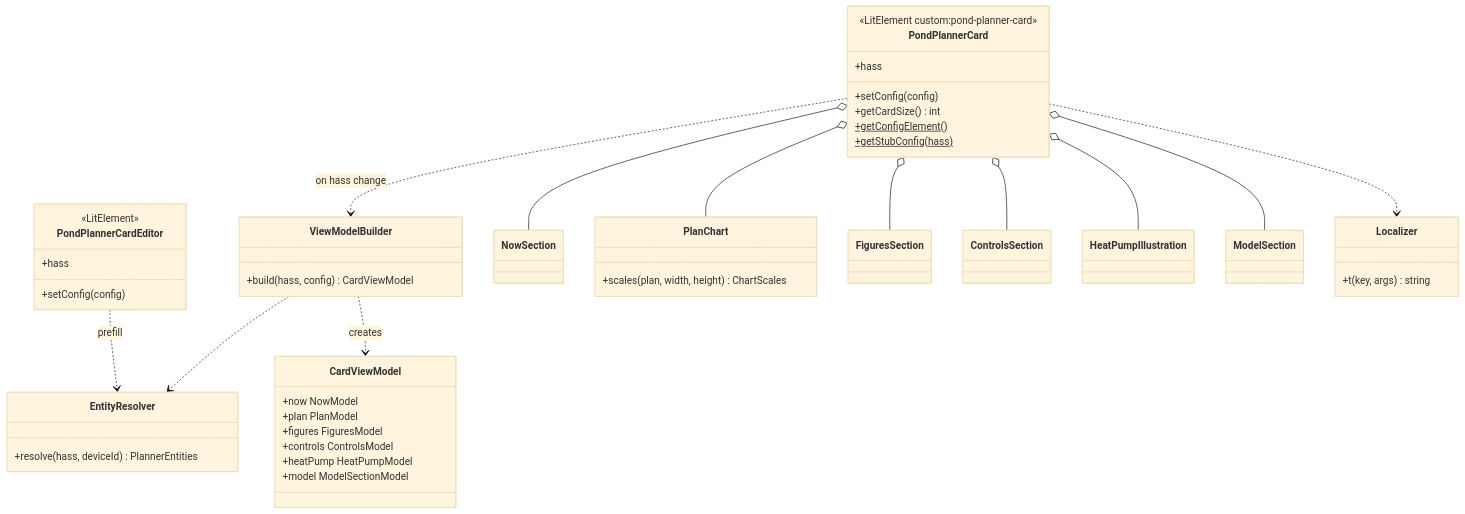
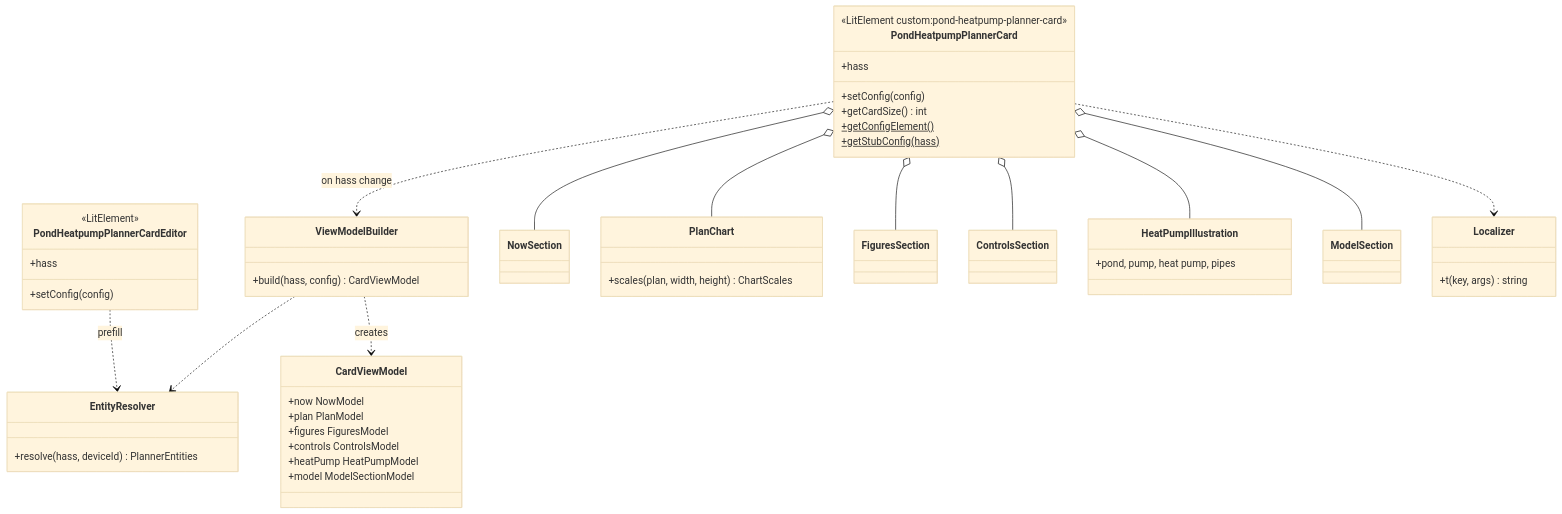
One commit to abroeders/pond-heatpump-price-planner changed the first of 2 diagrams in docs/design/2026-11-17-lovelace-card.md. Above: the diagram before and after it, drawn with Mermaid (base theme). The commit also changed other lines of this file, not shown here.

Commit message:
docs: card type pond-heatpump-planner-card, illustration with pond, pump and pipes (#10)

````diff
--- a/docs/design/2026-11-17-lovelace-card.md
+++ b/docs/design/2026-11-17-lovelace-card.md
@@ -150,53 +172,55 @@
 ```mermaid
 classDiagram
     direction TB
-    class PondPlannerCard {
-        <<LitElement custom:pond-planner-card>>
+    class PondHeatpumpPlannerCard {
+        <<LitElement custom:pond-heatpump-planner-card>>
         +setConfig(config)
         +hass
         +getCardSize() int
         +getConfigElement()$
         +getStubConfig(hass)$
     }
-    class PondPlannerCardEditor {
+    class PondHeatpumpPlannerCardEditor {
         <<LitElement>>
         +setConfig(config)
         +hass
     }
     class ViewModelBuilder {
         +build(hass, config) CardViewModel
     }
     class EntityResolver {
         +resolve(hass, deviceId) PlannerEntities
     }
     class CardViewModel {
         +now NowModel
         +plan PlanModel
         +figures FiguresModel
         +controls ControlsModel
         +heatPump HeatPumpModel
         +model ModelSectionModel
     }
     class NowSection
     class PlanChart {
         +scales(plan, width, height) ChartScales
     }
     class FiguresSection
     class ControlsSection
-    class HeatPumpIllustration
+    class HeatPumpIllustration {
+        +pond, pump, heat pump, pipes
+    }
     class ModelSection
     class Localizer {
         +t(key, args) string
     }
-    PondPlannerCard ..> ViewModelBuilder : on hass change
+    PondHeatpumpPlannerCard ..> ViewModelBuilder : on hass change
     ViewModelBuilder ..> EntityResolver
     ViewModelBuilder ..> CardViewModel : creates
-    PondPlannerCard o-- NowSection
-    PondPlannerCard o-- PlanChart
-    PondPlannerCard o-- FiguresSection
-    PondPlannerCard o-- ControlsSection
-    PondPlannerCard o-- HeatPumpIllustration
-    PondPlannerCard o-- ModelSection
-    PondPlannerCard ..> Localizer
-    PondPlannerCardEditor ..> EntityResolver : prefill
+    PondHeatpumpPlannerCard o-- NowSection
+    PondHeatpumpPlannerCard o-- PlanChart
+    PondHeatpumpPlannerCard o-- FiguresSection
+    PondHeatpumpPlannerCard o-- ControlsSection
+    PondHeatpumpPlannerCard o-- HeatPumpIllustration
+    PondHeatpumpPlannerCard o-- ModelSection
+    PondHeatpumpPlannerCard ..> Localizer
+    PondHeatpumpPlannerCardEditor ..> EntityResolver : prefill
 ```
````
